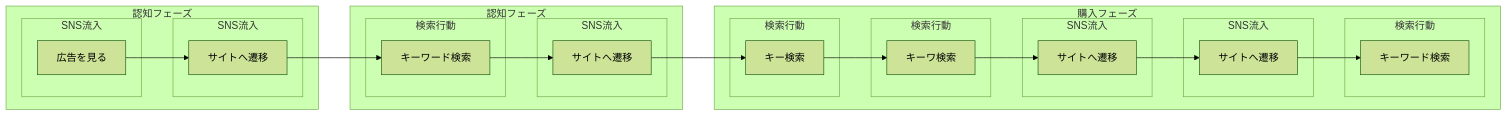
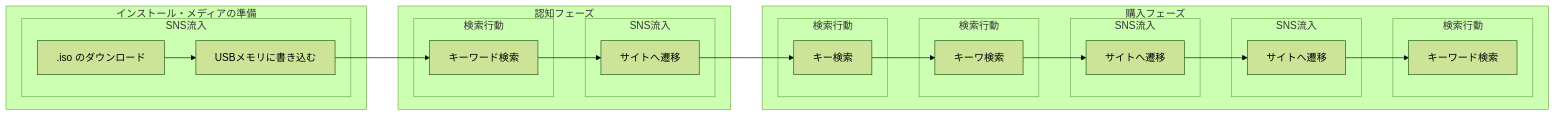
One commit to hobby-pc2026/linux-install changed the diagram in linux-install-02.md. Above: the diagram before and after it, drawn with Mermaid (forest theme).

````diff
--- a/linux-install-02.md
+++ b/linux-install-02.md
@@ -3,36 +3,33 @@
 ```mermaid
 flowchart LR
-    subgraph フェーズ1 [認知フェーズ]
+    subgraph フェーズ1 [インストール・メディアの準備]
         subgraph サブ1 [SNS流入]
-            A[広告を見る] 
-        end
-        subgraph サブ2 [SNS流入]
-            A --> B[サイトへ遷移]
+            A[.iso のダウンロード] --> B[USBメモリに書き込む]
         end
     end
     subgraph フェーズ2 [認知フェーズ]
         subgraph サブ3 [検索行動]
             B --> C[キーワード検索]
         end
         subgraph サブ4 [SNS流入]
             C --> E[サイトへ遷移]
         end
     end
     subgraph フェーズ3 [購入フェーズ]
         subgraph サブ5 [検索行動]
             E --> F[キー検索]
         end
         subgraph サブ6 [検索行動]
             F --> G[キーワ検索]
         end
         subgraph サブ7 [SNS流入]
             G --> H[サイトへ遷移] 
         end
         subgraph サブ8 [SNS流入]
             H --> I[サイトへ遷移]
         end
         subgraph サブ9 [検索行動]
             I --> J[キーワード検索]
         end
     end
 ```
````
